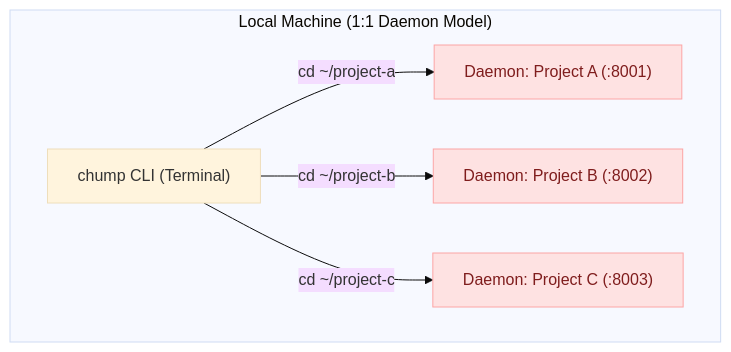
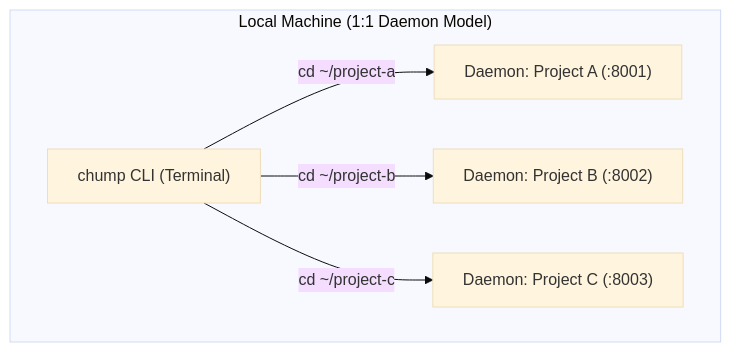
The first of 2 diagrams in src/routes/blog/posts/the-perfect-agent-architecture.md (Abdulmumin1/yaqeen.me), drawn with Mermaid (base theme) before and after one commit. The commit also changed other lines of this file and 33 other files, not shown here.

Commit message:
Refine typography and diagram styling

````diff
--- a/src/routes/blog/posts/the-perfect-agent-architecture.md
+++ b/src/routes/blog/posts/the-perfect-agent-architecture.md
@@ -24,17 +24,15 @@
 ```mermaid
 flowchart TD
     subgraph Local["Local Machine (1:1 Daemon Model)"]
         CLI["chump CLI (Terminal)"]
         D1["Daemon: Project A (:8001)"]
         D2["Daemon: Project B (:8002)"]
         D3["Daemon: Project C (:8003)"]
     end
 
     CLI -->|"cd ~/project-a"| D1
     CLI -->|"cd ~/project-b"| D2
     CLI -->|"cd ~/project-c"| D3
 
-    style D1 fill:#fee2e2,stroke:#fca5a5,color:#7f1d1d
-    style D2 fill:#fee2e2,stroke:#fca5a5,color:#7f1d1d
-    style D3 fill:#fee2e2,stroke:#fca5a5,color:#7f1d1d
+    class D1,D2,D3 danger
 ```
````
